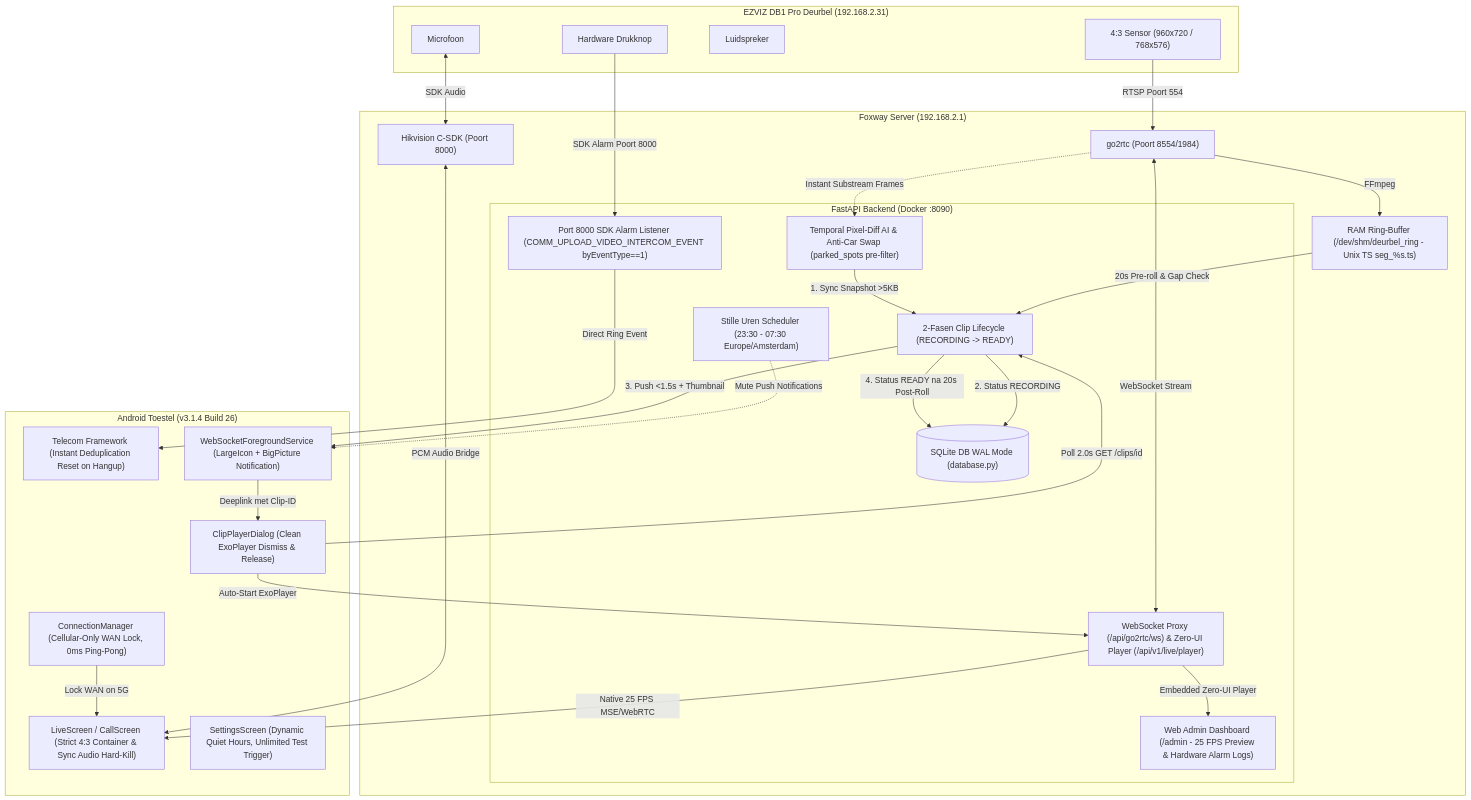
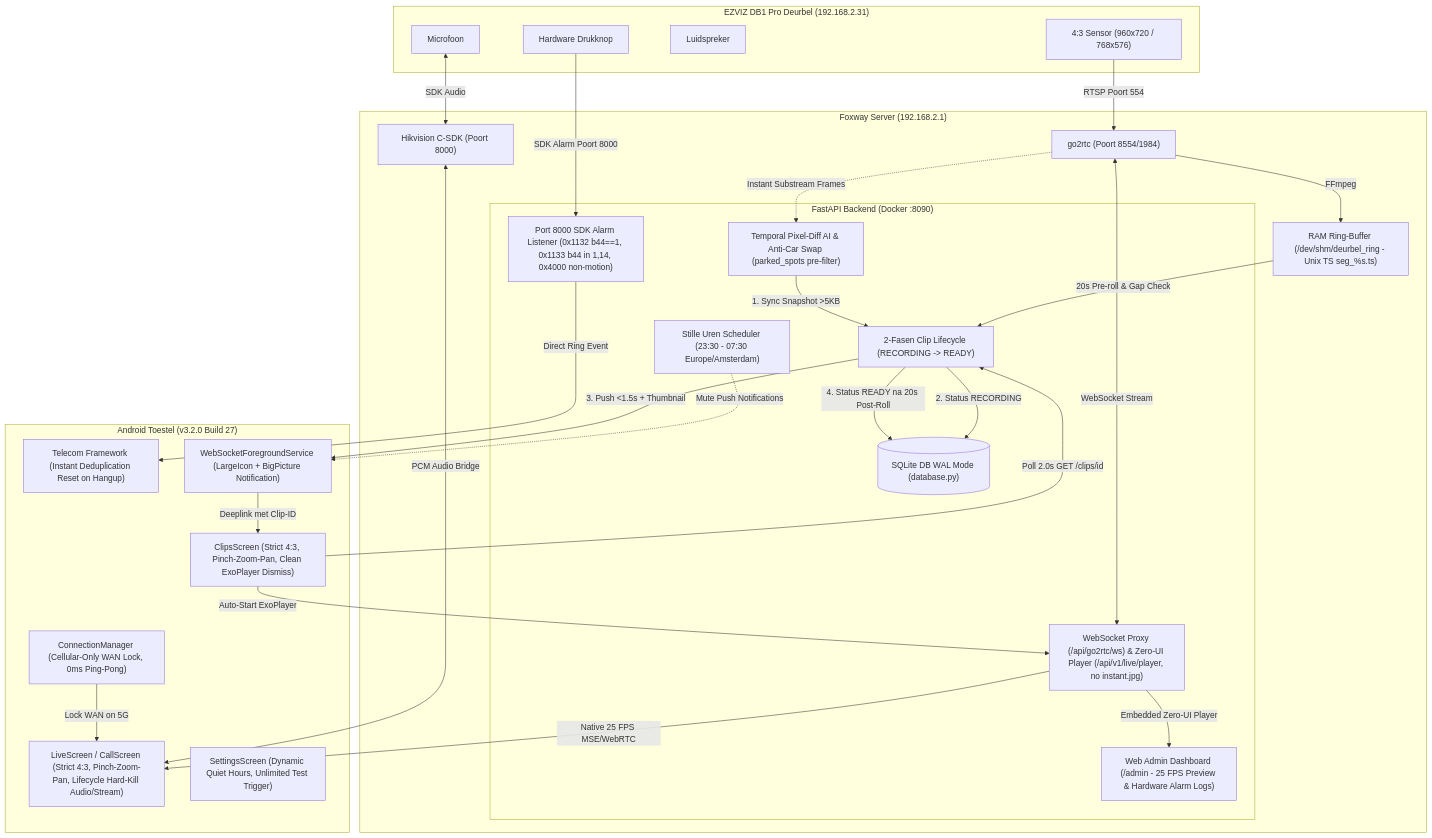
Before and after one commit to foxway-nl/deurbel: the diagram in docs/ARCHITECTURE.md, drawn with Mermaid. The commit also changed other lines of this file and 22 other files, not shown here.

Commit message:
feat(release): v3.2.0 - port 8000 sdk pushbutton, pinch zoom pan, audio hard-kill, no instant polling, build 27

````diff
--- a/docs/ARCHITECTURE.md
+++ b/docs/ARCHITECTURE.md
@@ -11,57 +11,57 @@
 ```mermaid
 flowchart TD
     subgraph Camera ["EZVIZ DB1 Pro Deurbel (192.168.2.31)"]
         CamSensor["4:3 Sensor (960x720 / 768x576)"]
         CamMic["Microfoon"]
         CamSpk["Luidspreker"]
         CamBtn["Hardware Drukknop"]
     end
 
     subgraph Server ["Foxway Server (192.168.2.1)"]
         RTSP["go2rtc (Poort 8554/1984)"]
         SDK["Hikvision C-SDK (Poort 8000)"]
         RingBuffer["RAM Ring-Buffer (/dev/shm/deurbel_ring - Unix TS seg_%s.ts)"]
         
         subgraph Backend ["FastAPI Backend (Docker :8090)"]
-            SDKAlarm["Port 8000 SDK Alarm Listener (COMM_UPLOAD_VIDEO_INTERCOM_EVENT byEventType==1)"]
-            WSProxy["WebSocket Proxy (/api/go2rtc/ws) & Zero-UI Player (/api/v1/live/player)"]
+            SDKAlarm["Port 8000 SDK Alarm Listener (0x1132 b44==1, 0x1133 b44 in 1,14, 0x4000 non-motion)"]
+            WSProxy["WebSocket Proxy (/api/go2rtc/ws) & Zero-UI Player (/api/v1/live/player, no instant.jpg)"]
             TemporalAI["Temporal Pixel-Diff AI & Anti-Car Swap (parked_spots pre-filter)"]
             Lifecycle["2-Fasen Clip Lifecycle (RECORDING -> READY)"]
             QuietHours["Stille Uren Scheduler (23:30 - 07:30 Europe/Amsterdam)"]
             AdminUI["Web Admin Dashboard (/admin - 25 FPS Preview & Hardware Alarm Logs)"]
             SQLite[("SQLite DB WAL Mode (database.py)")]
         end
     end
 
-    subgraph Client ["Android Toestel (v3.1.4 Build 26)"]
+    subgraph Client ["Android Toestel (v3.2.0 Build 27)"]
         Telecom["Telecom Framework (Instant Deduplication Reset on Hangup)"]
-        LiveView["LiveScreen / CallScreen (Strict 4:3 Container & Sync Audio Hard-Kill)"]
-        ClipPlayer["ClipPlayerDialog (Clean ExoPlayer Dismiss & Release)"]
+        LiveView["LiveScreen / CallScreen (Strict 4:3, Pinch-Zoom-Pan, Lifecycle Hard-Kill Audio/Stream)"]
+        ClipPlayer["ClipsScreen (Strict 4:3, Pinch-Zoom-Pan, Clean ExoPlayer Dismiss)"]
         ConnMgr["ConnectionManager (Cellular-Only WAN Lock, 0ms Ping-Pong)"]
         NotifService["WebSocketForegroundService (LargeIcon + BigPicture Notification)"]
         SettingsUI["SettingsScreen (Dynamic Quiet Hours, Unlimited Test Trigger)"]
     end
 
     CamSensor -->|RTSP Poort 554| RTSP
     CamBtn -->|SDK Alarm Poort 8000| SDKAlarm
     SDKAlarm -->|Direct Ring Event| Telecom
     RTSP -->|FFmpeg| RingBuffer
     RTSP <-->|WebSocket Stream| WSProxy
     WSProxy -->|Native 25 FPS MSE/WebRTC| LiveView
     WSProxy -->|Embedded Zero-UI Player| AdminUI
     RTSP -.->|Instant Substream Frames| TemporalAI
     
     CamMic <-->|SDK Audio| SDK
     SDK <-->|PCM Audio Bridge| LiveView
     
     RingBuffer -->|20s Pre-roll & Gap Check| Lifecycle
     TemporalAI -->|1. Sync Snapshot >5KB| Lifecycle
     QuietHours -.->|Mute Push Notifications| NotifService
     Lifecycle -->|2. Status RECORDING| SQLite
     Lifecycle -->|3. Push <1.5s + Thumbnail| NotifService
     NotifService -->|Deeplink met Clip-ID| ClipPlayer
     ClipPlayer -->|Poll 2.0s GET /clips/id| Lifecycle
     Lifecycle -->|4. Status READY na 20s Post-Roll| SQLite
     ClipPlayer -->|Auto-Start ExoPlayer| WSProxy
     ConnMgr -->|Lock WAN on 5G| LiveView
 ```
````
